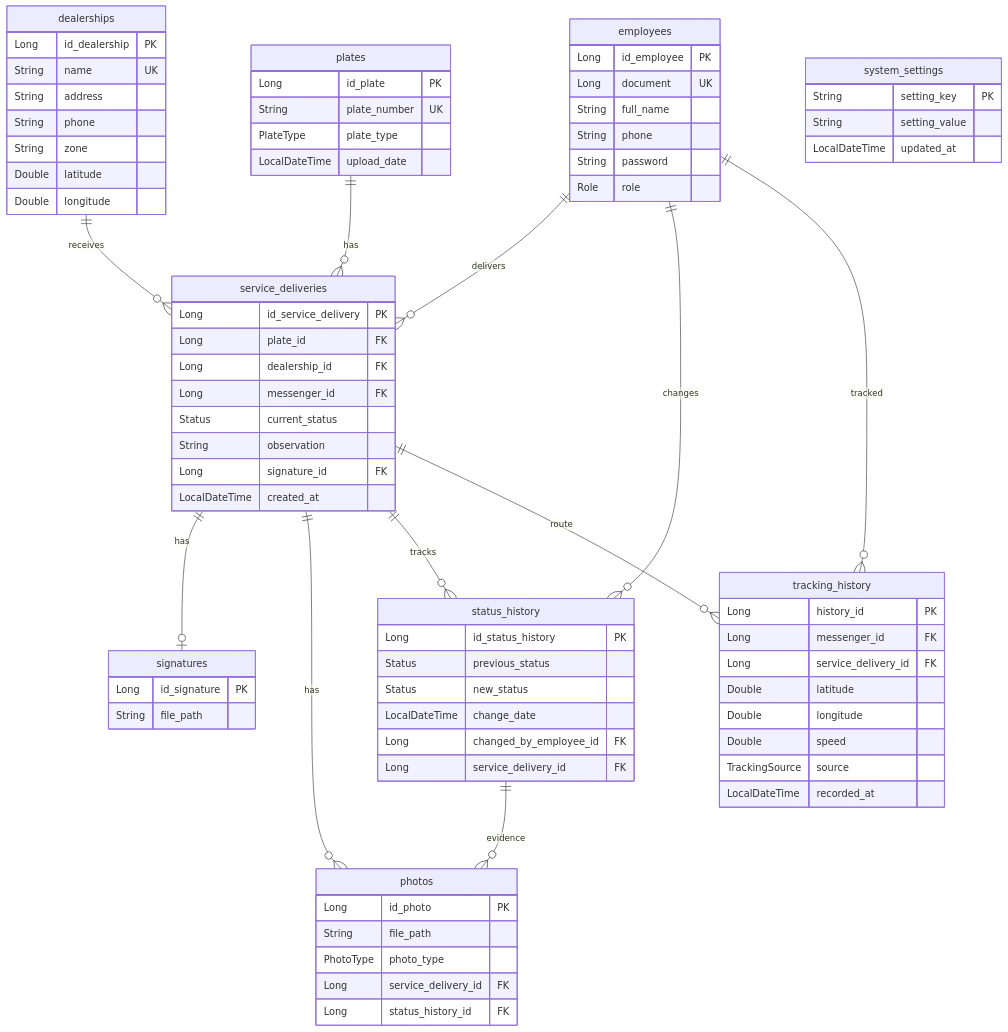
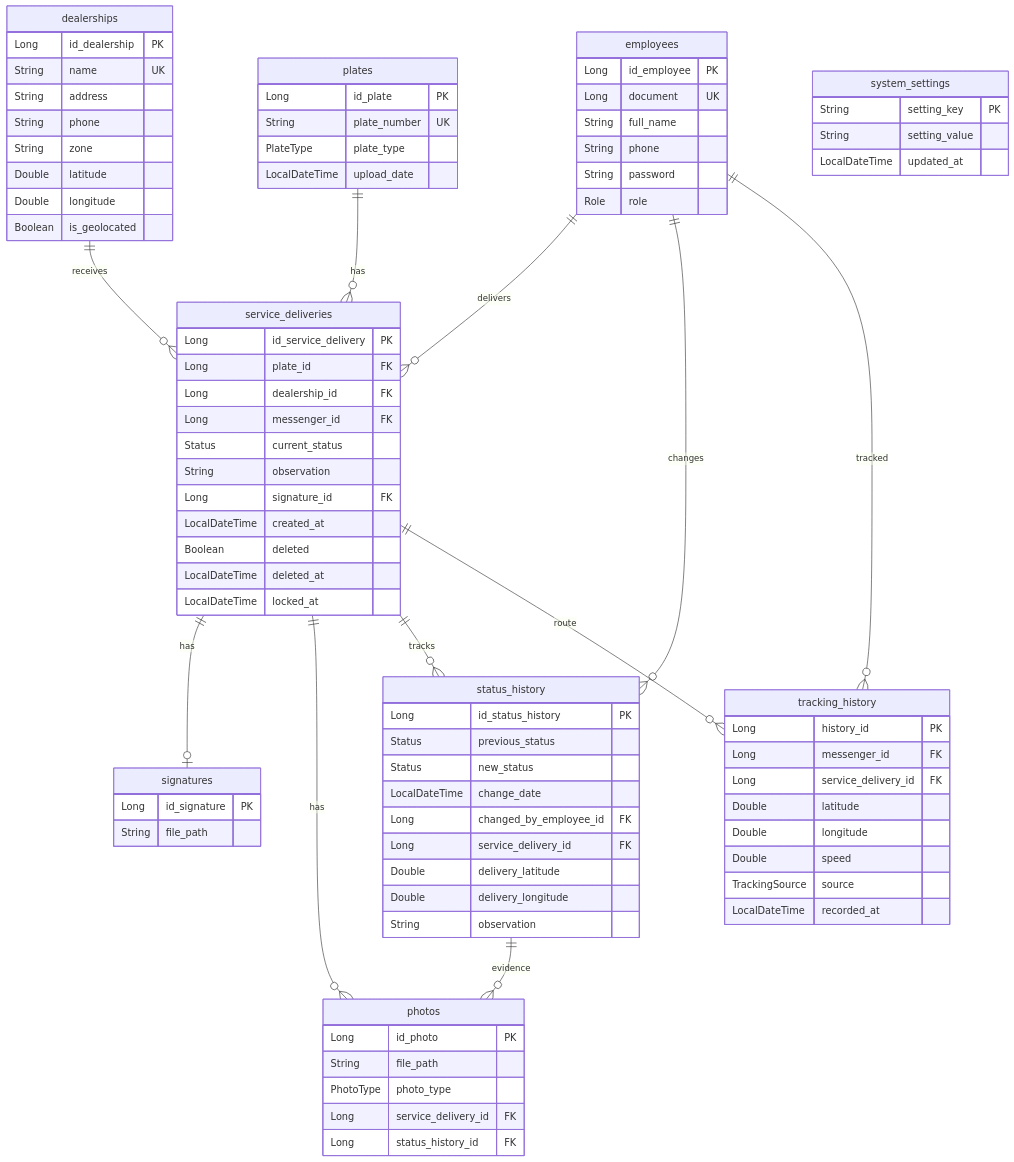
One commit to fttmatteo/messenger-backend changed the second of 3 diagrams in README.es.md. Above: the diagram before and after it, drawn with Mermaid. The commit also changed other lines of this file and 1 other file, not shown here.

```diff
--- a/README.es.md
+++ b/README.es.md
@@ -374,6 +379,7 @@
         String zone
         Double latitude
         Double longitude
+        Boolean is_geolocated
     }
     
     plates {
@@ -392,6 +398,9 @@
         String observation
         Long signature_id FK
         LocalDateTime created_at
+        Boolean deleted
+        LocalDateTime deleted_at
+        LocalDateTime locked_at
     }
     
     signatures {
@@ -414,6 +423,9 @@
         LocalDateTime change_date
         Long changed_by_employee_id FK
         Long service_delivery_id FK
+        Double delivery_latitude
+        Double delivery_longitude
+        String observation
     }
     
     tracking_history {
```
